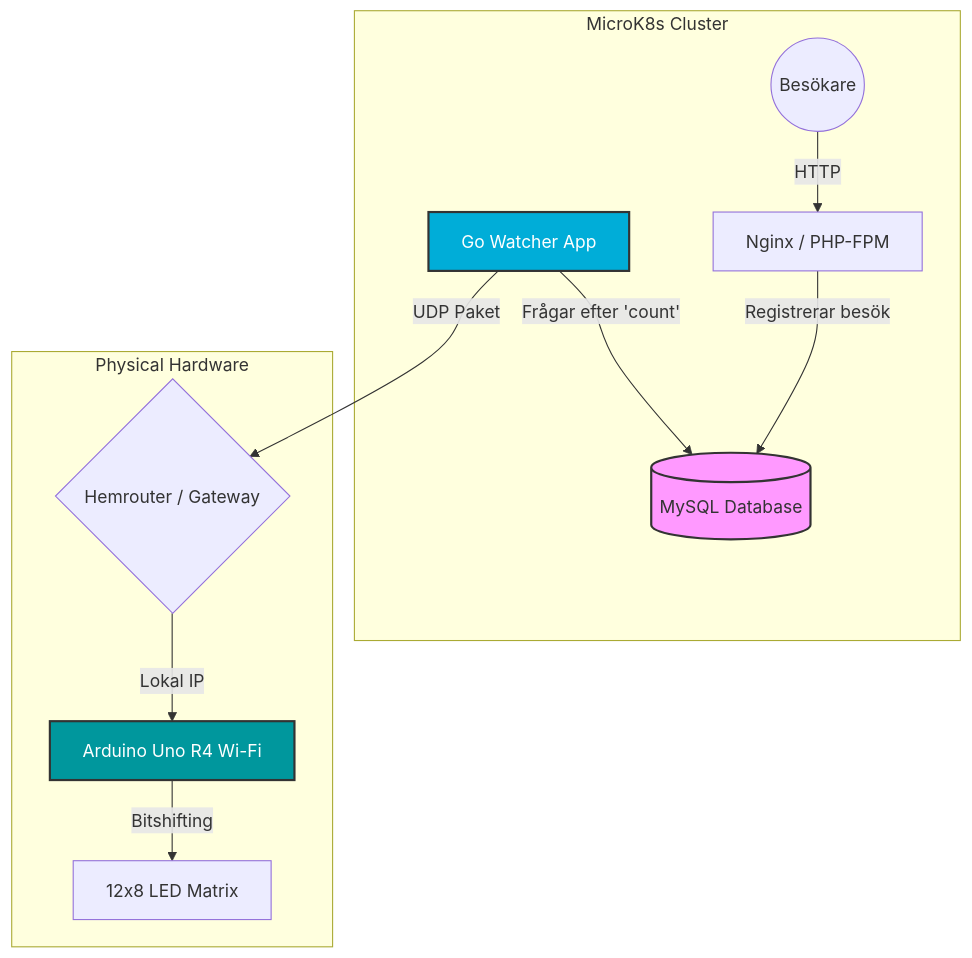
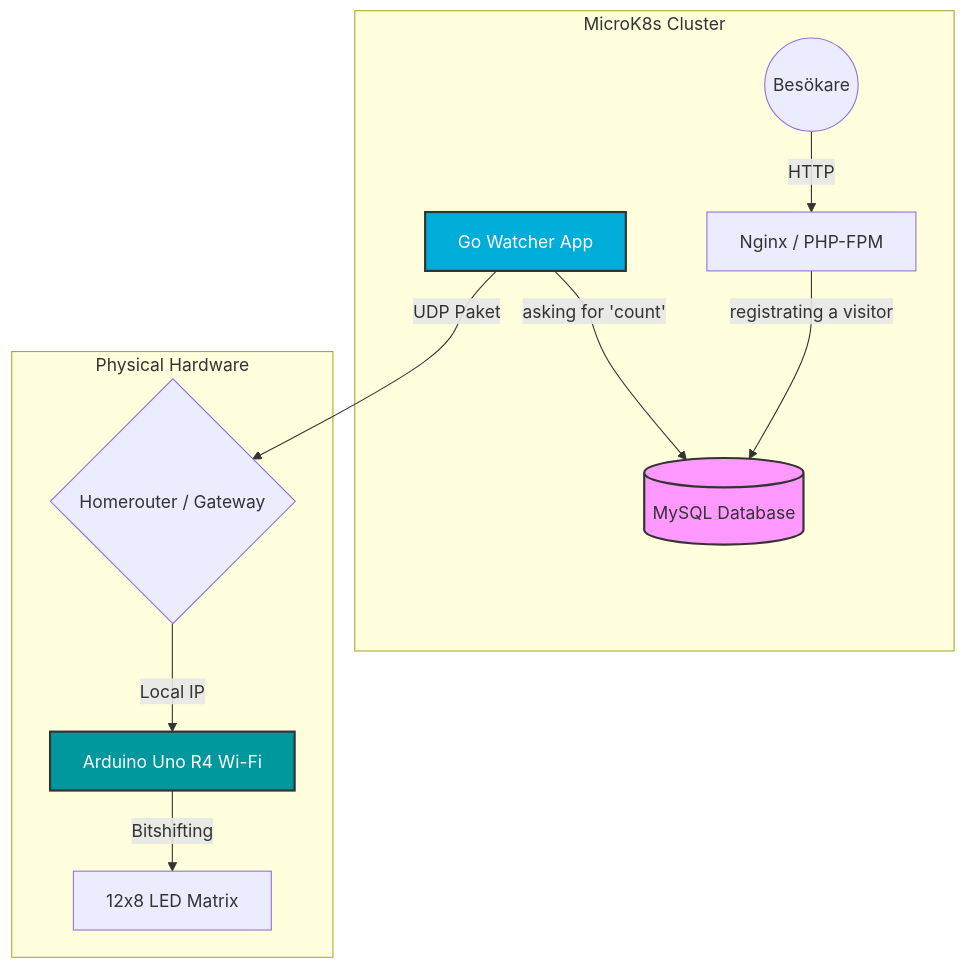
The diagram in README.md (SkalmanGPK/arduino-go-networking-project), drawn with Mermaid before and after one commit.

````diff
--- a/README.md
+++ b/README.md
@@ -4,21 +4,21 @@
 ```mermaid
 flowchart TD
     subgraph Kubernetes_Cluster [MicroK8s Cluster]
         User((Besökare)) -->|HTTP| Nginx[Nginx / PHP-FPM]
-        Nginx -->|Registrerar besök| DB[(MySQL Database)]
+        Nginx -->|registrating a visitor| DB[(MySQL Database)]
         
-        Watcher[Go Watcher App] -->|Frågar efter 'count'| DB
+        Watcher[Go Watcher App] -->|asking for 'count'| DB
     end
 
-    Watcher -->|UDP Paket| Router{Hemrouter / Gateway}
+    Watcher -->|UDP Paket| Router{Homerouter / Gateway}
     
     subgraph Hardware [Physical Hardware]
-        Router -->|Lokal IP| Arduino[Arduino Uno R4 Wi-Fi]
+        Router -->|Local IP| Arduino[Arduino Uno R4 Wi-Fi]
         Arduino -->|Bitshifting| Matrix[12x8 LED Matrix]
     end
 
     %% Styling
     style Watcher fill:#00ADD8,stroke:#333,stroke-width:2px,color:#fff
     style Arduino fill:#00979D,stroke:#333,stroke-width:2px,color:#fff
     style DB fill:#f9f,stroke:#333,stroke-width:2px
 ```
````
